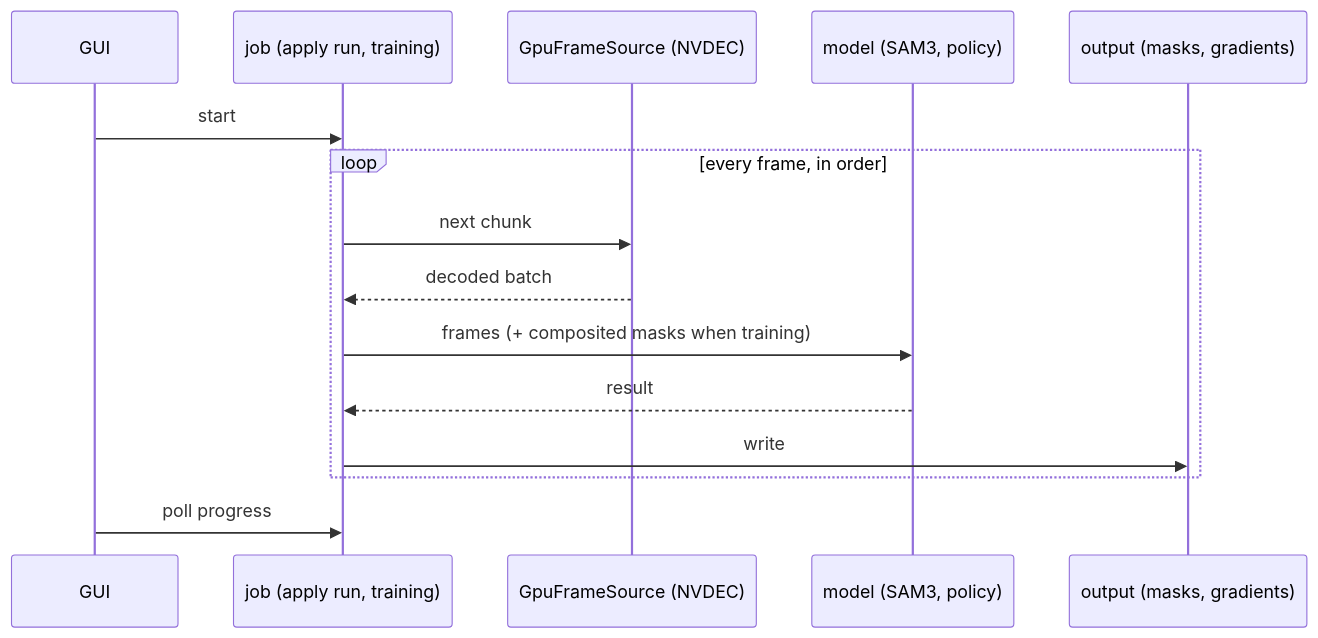
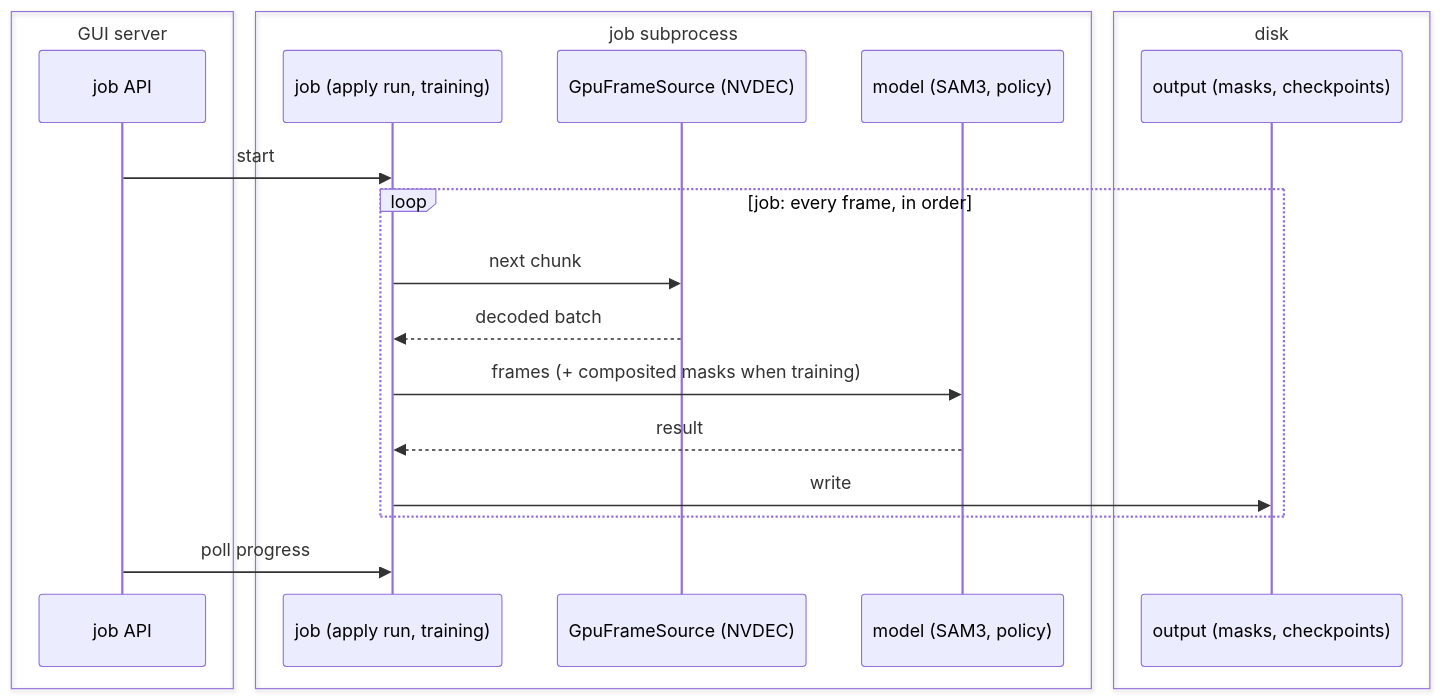
The fourth of 9 diagrams in src/lerobot/gui/docs/camera_video_transport.md (TheWisp/lerobot), drawn with Mermaid before and after one commit. The commit also changed other lines of this file, not shown here.

````diff
--- a/src/lerobot/gui/docs/camera_video_transport.md
+++ b/src/lerobot/gui/docs/camera_video_transport.md
@@ -172,17 +326,23 @@
 ```mermaid
 sequenceDiagram
-  participant U as GUI
-  participant J as job (apply run, training)
-  participant D as GpuFrameSource (NVDEC)
-  participant M as model (SAM3, policy)
-  participant O as output (masks, gradients)
+  box transparent GUI server
+    participant U as job API
+  end
+  box transparent job subprocess
+    participant J as job (apply run, training)
+    participant D as GpuFrameSource (NVDEC)
+    participant M as model (SAM3, policy)
+  end
+  box transparent disk
+    participant O as output (masks, checkpoints)
+  end
   U->>J: start
-  loop every frame, in order
+  loop job: every frame, in order
     J->>D: next chunk
     D-->>J: decoded batch
     J->>M: frames (+ composited masks when training)
     M-->>J: result
     J->>O: write
   end
   U->>J: poll progress
 ```
````
